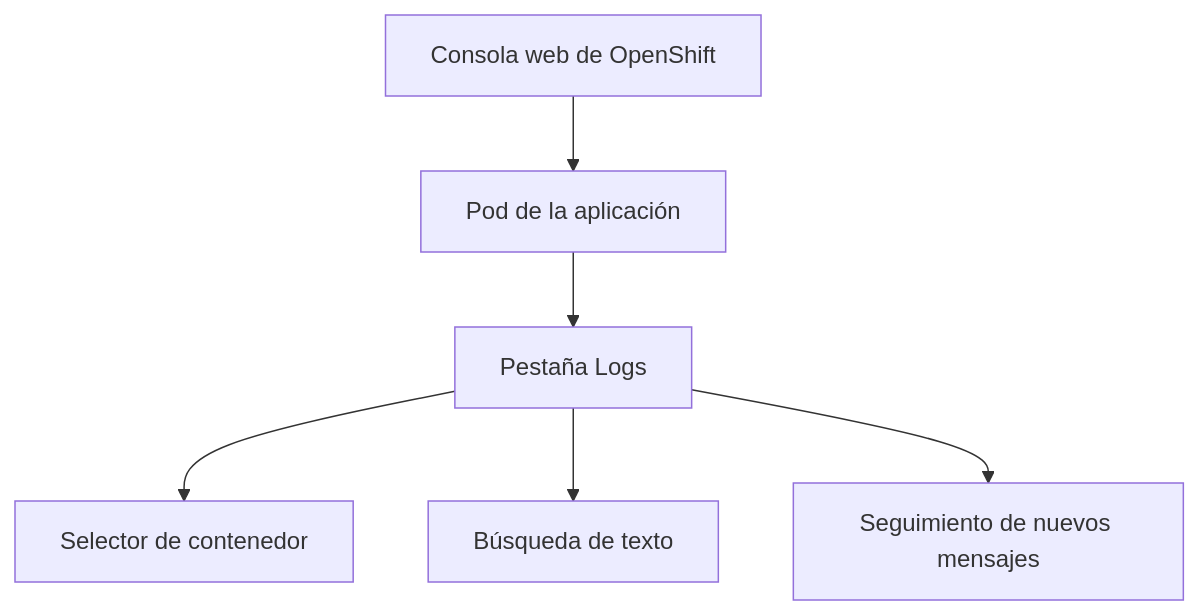
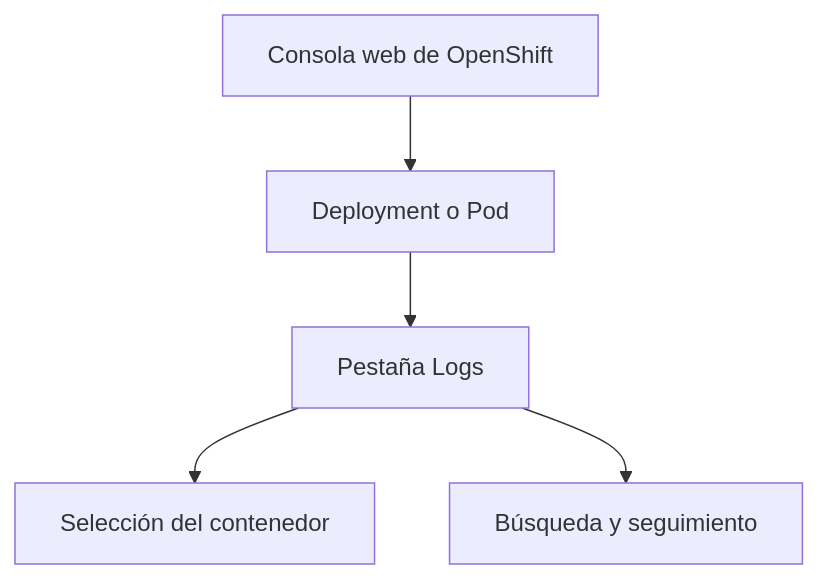
Before and after one commit to ieftraining/curso-openshift: the second of 4 diagrams in docs/sesion3/3.4 Logs.md, drawn with Mermaid. The commit also changed other lines of this file, not shown here.

````diff
--- a/docs/sesion3/3.4 Logs.md
+++ b/docs/sesion3/3.4 Logs.md
@@ -153,8 +177,7 @@
 ```mermaid
 flowchart TD
-    A[Consola web de OpenShift] --> B[Pod de la aplicación]
+    A[Consola web de OpenShift] --> B[Deployment o Pod]
     B --> C[Pestaña Logs]
-    C --> D[Selector de contenedor]
-    C --> E[Búsqueda de texto]
-    C --> F[Seguimiento de nuevos mensajes]
+    C --> D[Selección del contenedor]
+    C --> E[Búsqueda y seguimiento]
 ```
````
